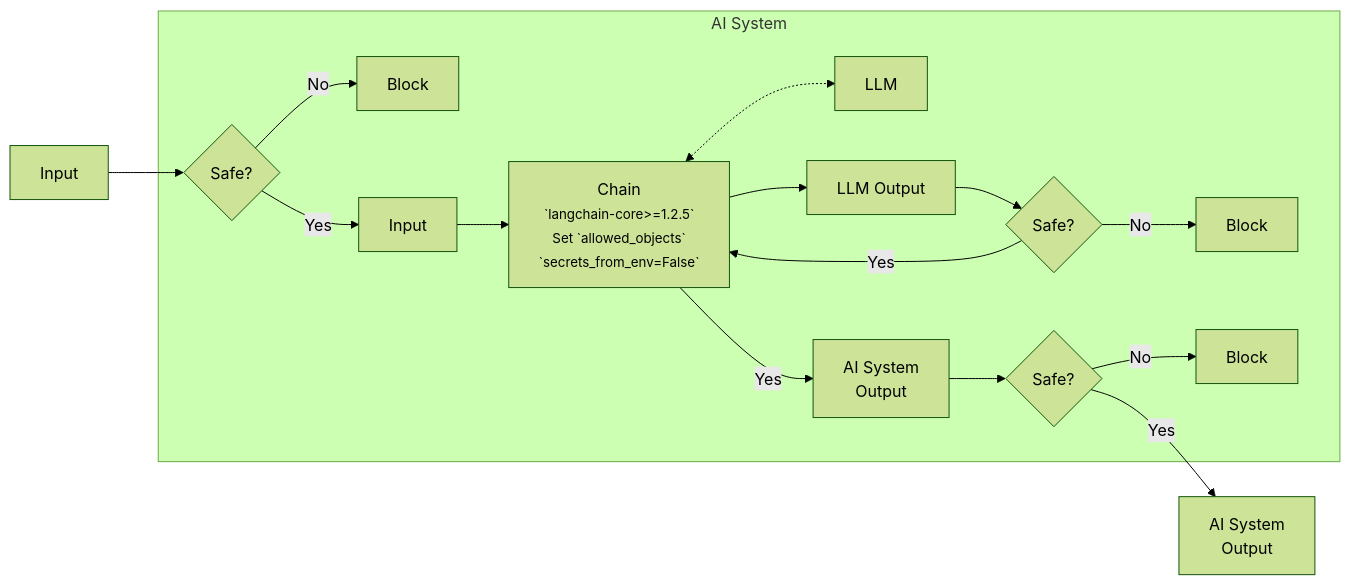
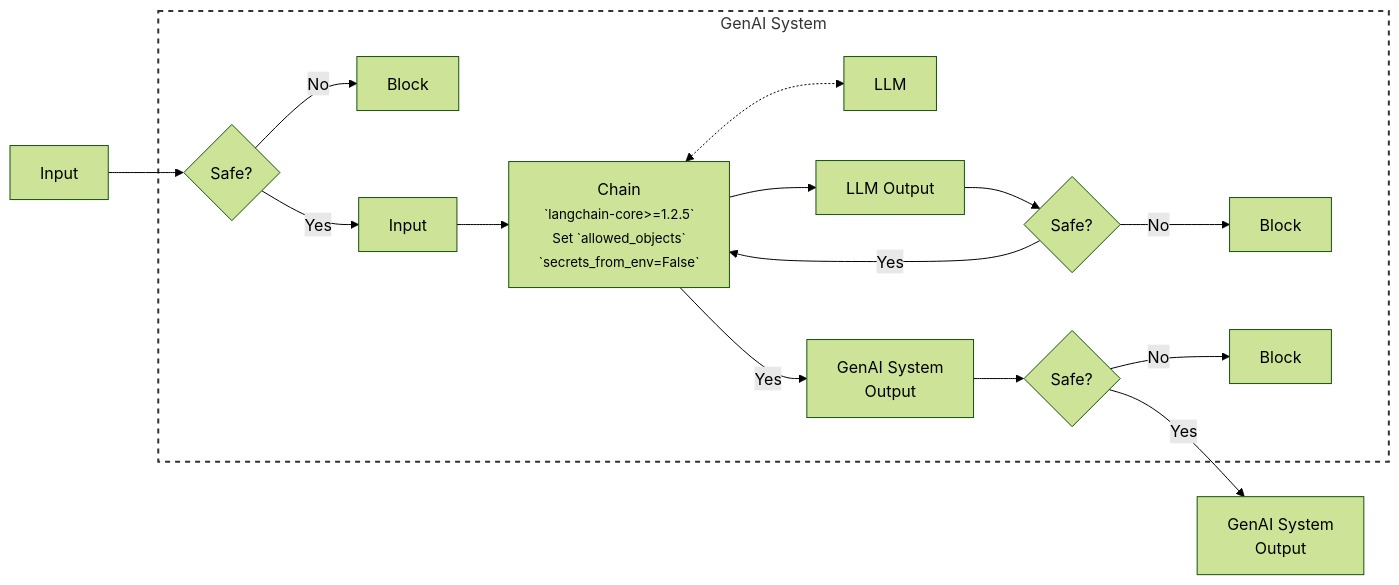
The second of 2 diagrams in docs/threats/prompt_injection/deserialization.md (felipepenha/gurple), drawn with Mermaid (forest theme) before and after one commit. The commit also changed other lines of this file and 3 other files, not shown here.

````diff
--- a/docs/threats/prompt_injection/deserialization.md
+++ b/docs/threats/prompt_injection/deserialization.md
@@ -233,40 +295,42 @@
 ```mermaid
 flowchart LR
 
     InputA[Input]
 
-    subgraph "AI System"
+    subgraph dashed_box [GenAI System]
     Chain[Chain<br /><small>`langchain-core>=1.2.5`<br/ >Set `allowed_objects`<br />`secrets_from_env=False`</small>]
 
     InputValidation{Safe?}
     BlockInput[Block]
     LLM[LLM]
     InputB[Input]
     LLMOutput[LLM Output]
     LLMOutputValidation{Safe?}
     BlockLLMOutput[Block]
-    AIOutput[AI System<br />Output]
+    AIOutput[GenAI System<br />Output]
     AIOutputValidation{Safe?}
     BlockAIOutput[Block]
     end
 
-    FinalOutput[AI System<br />Output]
+    FinalOutput[GenAI System<br />Output]
 
     InputA --> InputValidation
     InputValidation -- Yes --> InputB
     InputValidation -- No --> BlockInput
 
     InputB --> Chain
 
     Chain <-.-> LLM
 
     Chain --> LLMOutput
     LLMOutput --> LLMOutputValidation
     LLMOutputValidation -- Yes --> Chain
     LLMOutputValidation -- No --> BlockLLMOutput
 
     Chain -- Yes --> AIOutput
     AIOutput --> AIOutputValidation
     AIOutputValidation -- Yes --> FinalOutput
     AIOutputValidation -- No --> BlockAIOutput
+
+    style dashed_box stroke-dasharray: 5 5, fill:none,stroke:#333,stroke-width:2px;
 ```
````
